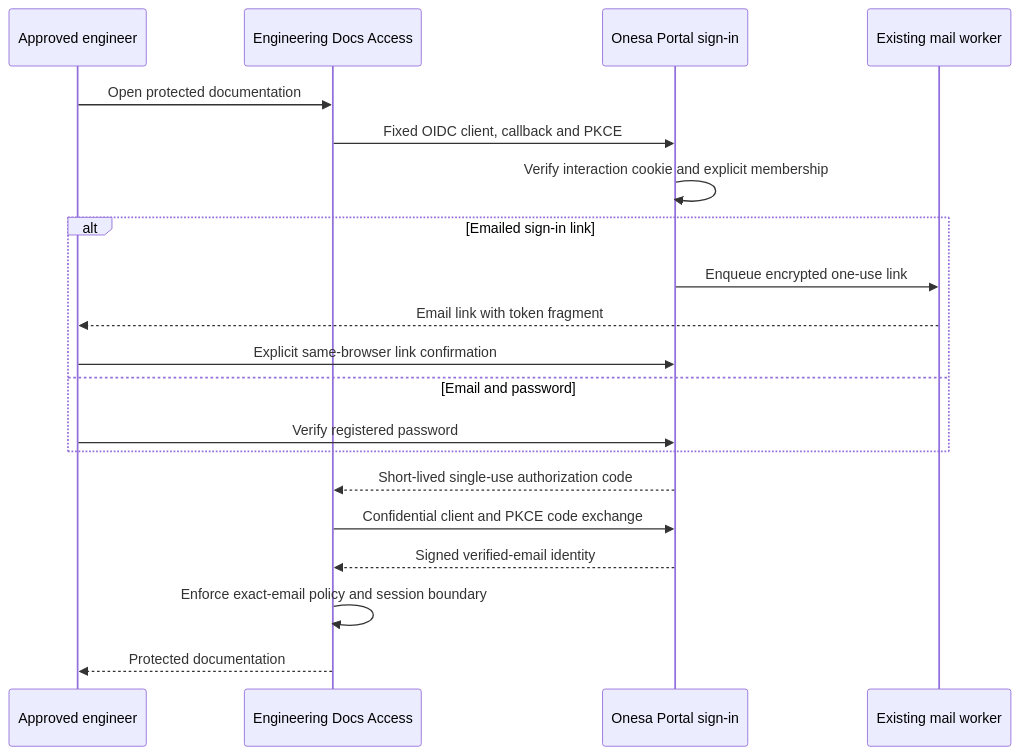
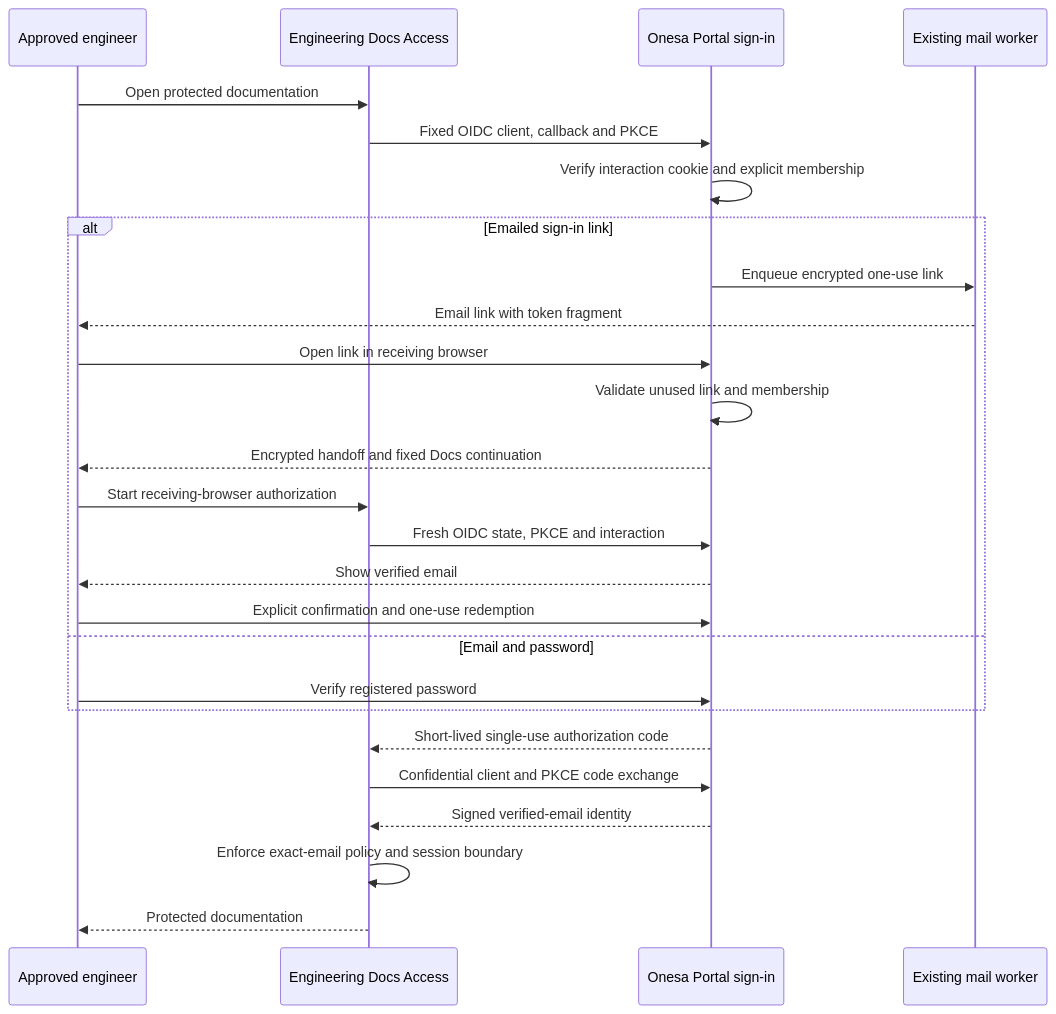
Before and after one commit to DruHustle/onesa-ai-platform: the diagram in docs/diagrams/engineering-docs-identity.mmd, drawn with Mermaid. The commit also changed 1 other file, not shown here.

Commit message:
docs: align engineering sign-in sequence with cross-browser links

```diff
--- a/docs/diagrams/engineering-docs-identity.mmd
+++ b/docs/diagrams/engineering-docs-identity.mmd
@@ -1,20 +1,26 @@
 sequenceDiagram
  participant E as Approved engineer
  participant A as Engineering Docs Access
  participant P as Onesa Portal sign-in
  participant M as Existing mail worker
  E->>A: Open protected documentation
  A->>P: Fixed OIDC client, callback and PKCE
  P->>P: Verify interaction cookie and explicit membership
  alt Emailed sign-in link
  P->>M: Enqueue encrypted one-use link
  M-->>E: Email link with token fragment
- E->>P: Explicit same-browser link confirmation
+ E->>P: Open link in receiving browser
+ P->>P: Validate unused link and membership
+ P-->>E: Encrypted handoff and fixed Docs continuation
+ E->>A: Start receiving-browser authorization
+ A->>P: Fresh OIDC state, PKCE and interaction
+ P-->>E: Show verified email
+ E->>P: Explicit confirmation and one-use redemption
  else Email and password
  E->>P: Verify registered password
  end
  P-->>A: Short-lived single-use authorization code
  A->>P: Confidential client and PKCE code exchange
  P-->>A: Signed verified-email identity
  A->>A: Enforce exact-email policy and session boundary
  A-->>E: Protected documentation
```
